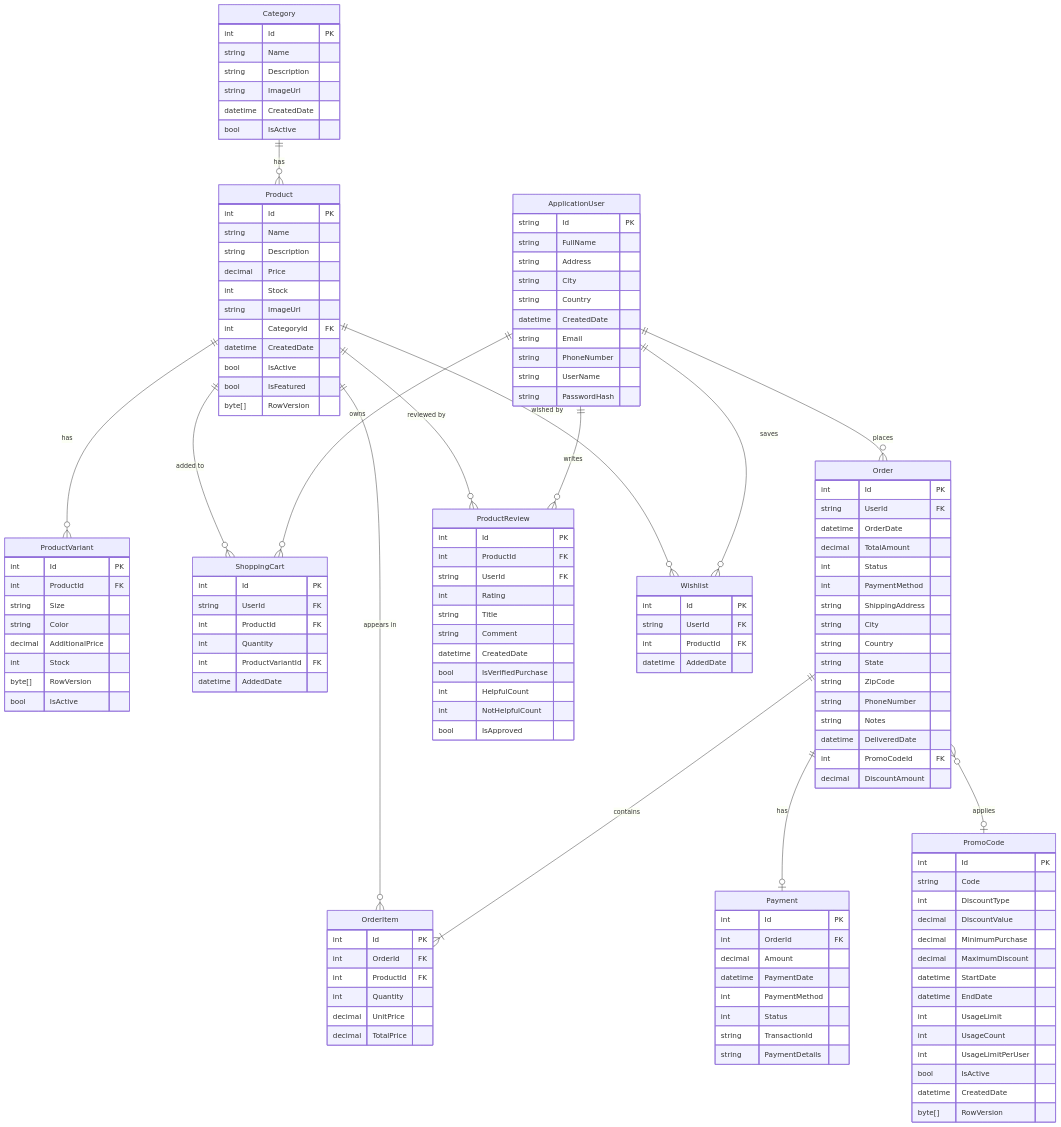
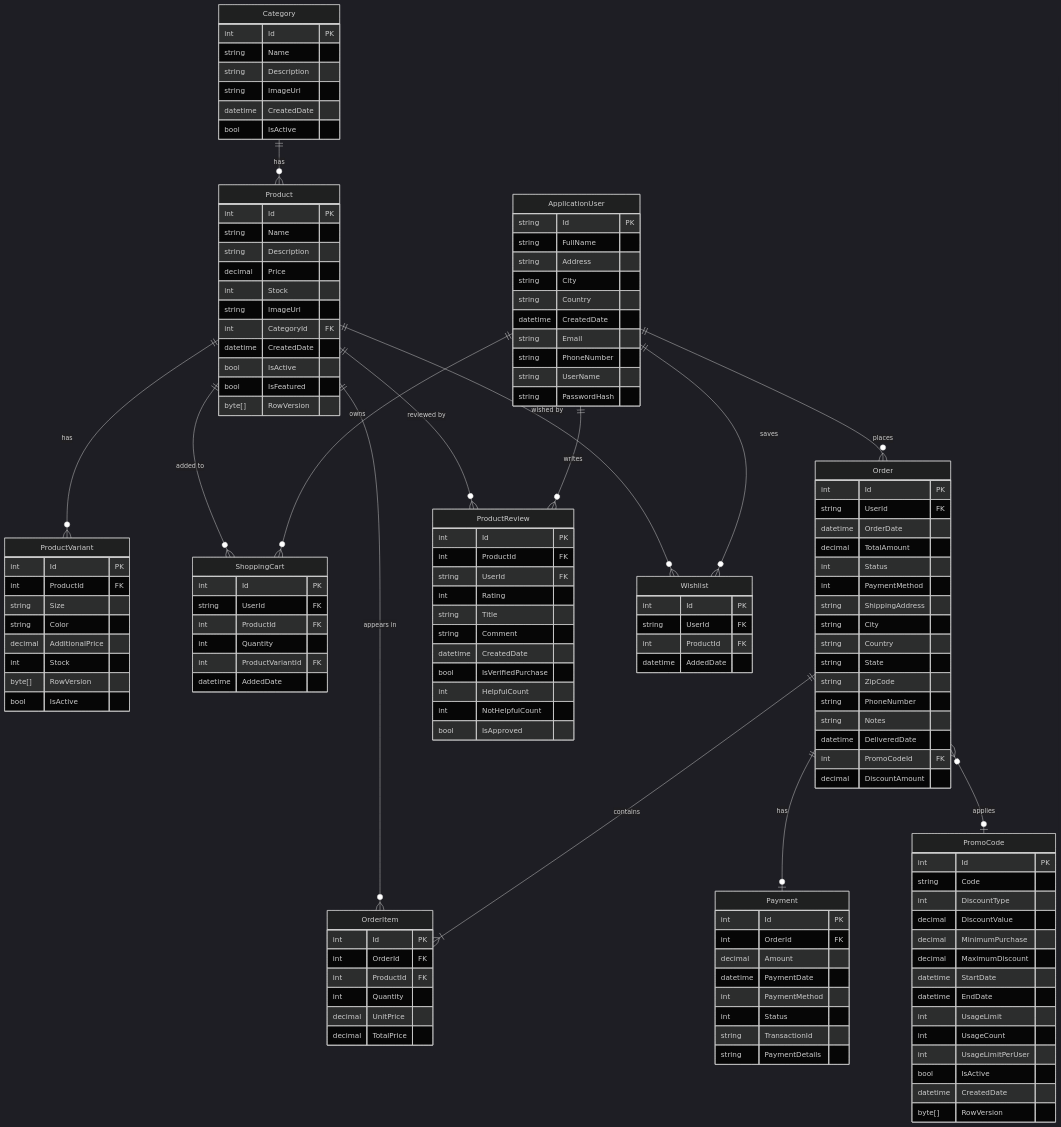
One commit to abdulrahmanhossam/ecommerce-mvc changed the first of 4 diagrams in Book/Sec-7_System_Modeling_and_Diagrams.md. Above: the diagram before and after it, drawn with Mermaid. The commit also changed other lines of this file and 75 other files, not shown here.

````diff
--- a/Book/Sec-7_System_Modeling_and_Diagrams.md
+++ b/Book/Sec-7_System_Modeling_and_Diagrams.md
@@ -7,4 +7,5 @@
 ```mermaid
+%%{init: {'theme': 'dark'}}%%
 erDiagram
     Category {
         int Id PK
````
